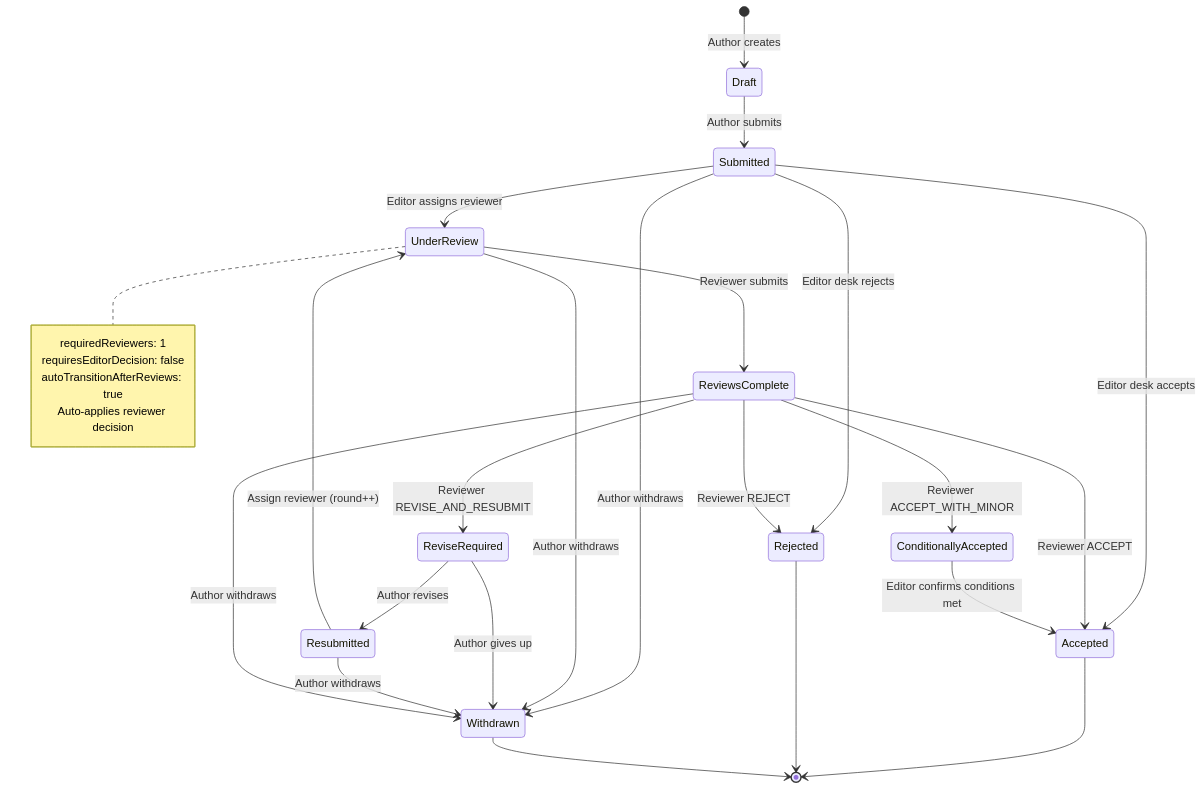
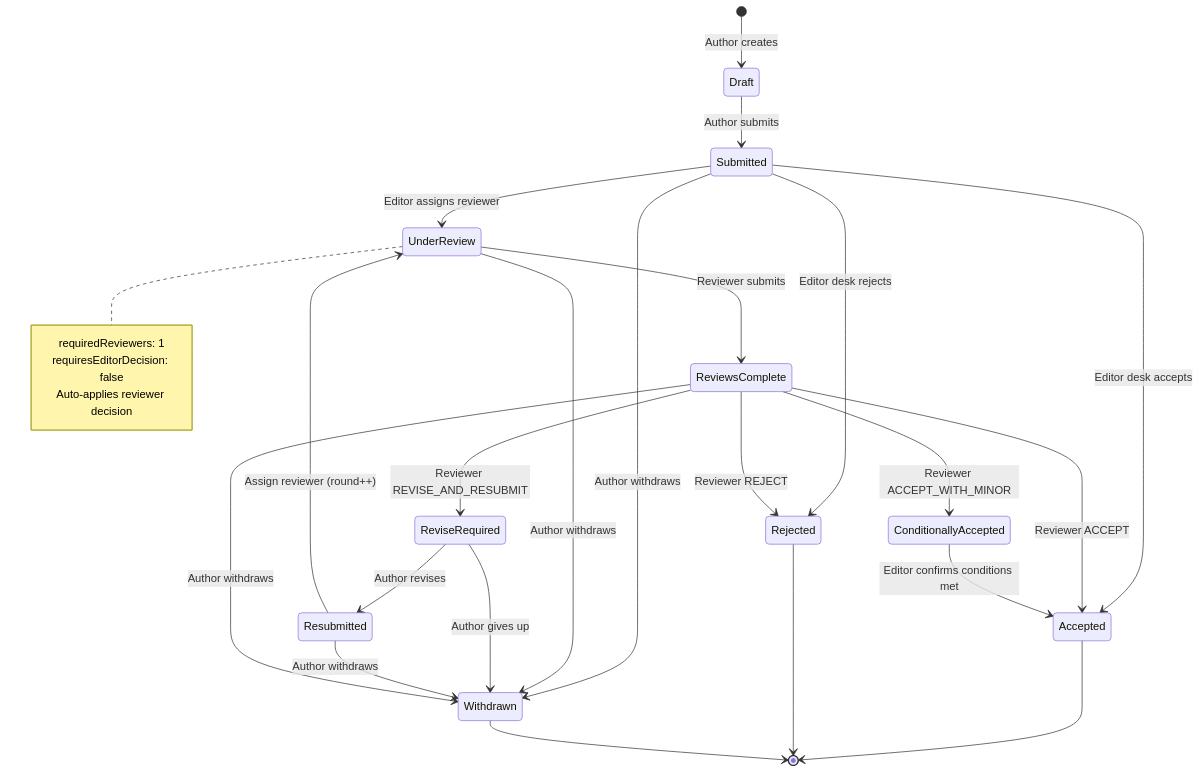
Before and after one commit to unlimited-labs/suberus: the first of 5 diagrams in WORKFLOW.md, drawn with Mermaid. The commit also changed other lines of this file and 12 other files, not shown here.

First line of the commit message:
refactor: remove autoTransitionAfterReviews option

````diff
--- a/WORKFLOW.md
+++ b/WORKFLOW.md
@@ -25,38 +25,37 @@
 ```mermaid
 stateDiagram-v2
     [*] --> Draft: Author creates
     Draft --> Submitted: Author submits
     Submitted --> UnderReview: Editor assigns reviewer
     Submitted --> Accepted: Editor desk accepts
     Submitted --> Rejected: Editor desk rejects
     Submitted --> Withdrawn: Author withdraws
 
     UnderReview --> ReviewsComplete: Reviewer submits
     UnderReview --> Withdrawn: Author withdraws
 
     ReviewsComplete --> Accepted: Reviewer ACCEPT
     ReviewsComplete --> ConditionallyAccepted: Reviewer ACCEPT_WITH_MINOR
     ReviewsComplete --> ReviseRequired: Reviewer REVISE_AND_RESUBMIT
     ReviewsComplete --> Rejected: Reviewer REJECT
 
     ReviseRequired --> Resubmitted: Author revises
     ReviseRequired --> Withdrawn: Author gives up
 
     Resubmitted --> UnderReview: Assign reviewer (round++)
     Resubmitted --> Withdrawn: Author withdraws
 
     ReviewsComplete --> Withdrawn: Author withdraws
 
     ConditionallyAccepted --> Accepted: Editor confirms conditions met
 
     Accepted --> [*]
     Rejected --> [*]
     Withdrawn --> [*]
 
     note right of UnderReview
         requiredReviewers: 1
         requiresEditorDecision: false
-        autoTransitionAfterReviews: true
         Auto-applies reviewer decision
     end note
 ```
````
